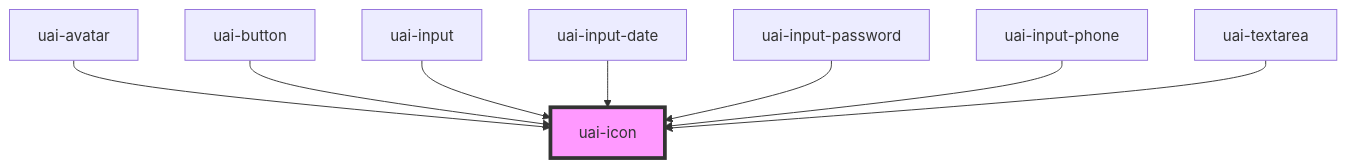
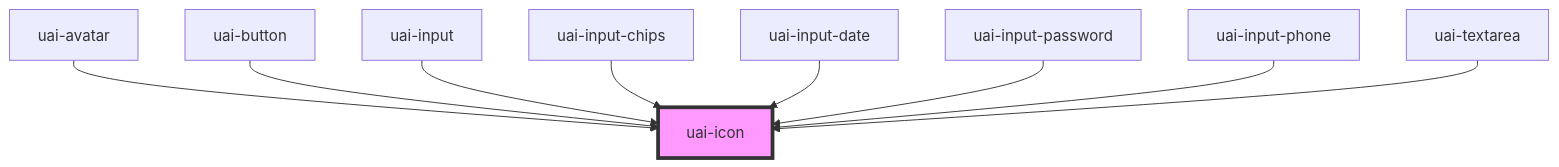
Before and after one commit to takenet/blip-ds: the diagram in src/components/uai-icon/readme.md, drawn with Mermaid. The commit also changed other lines of this file and 16 other files, not shown here.

First line of the commit message:
feat(uai-input-chips): add the UAI chips input

````diff
--- a/src/components/uai-icon/readme.md
+++ b/src/components/uai-icon/readme.md
@@ -52,11 +53,12 @@
 ```mermaid
 graph TD;
   uai-avatar --> uai-icon
   uai-button --> uai-icon
   uai-input --> uai-icon
+  uai-input-chips --> uai-icon
   uai-input-date --> uai-icon
   uai-input-password --> uai-icon
   uai-input-phone --> uai-icon
   uai-textarea --> uai-icon
   style uai-icon fill:#f9f,stroke:#333,stroke-width:4px
 ```
````
